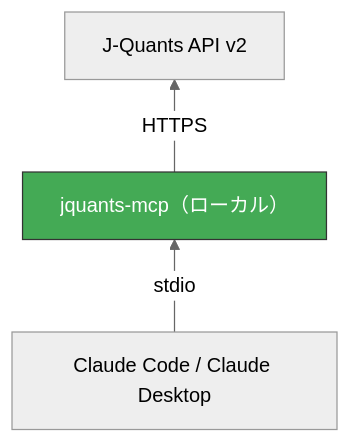
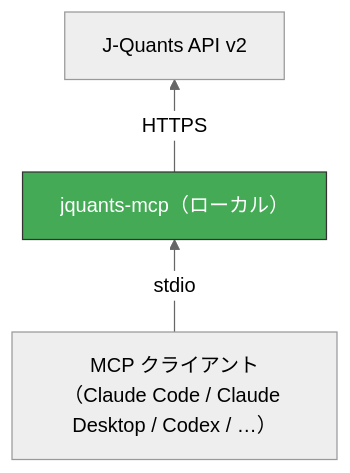
The second of 5 diagrams in docs/deploy/README.ja.md (shigechika/jquants-mcp), drawn with Mermaid (neutral theme) before and after one commit. The commit also changed other lines of this file and 15 other files, not shown here.

First line of the commit message:
docs: show jquants-mcp works with non-Claude MCP clients (Codex, Meta Muse) (#644)

````diff
--- a/docs/deploy/README.ja.md
+++ b/docs/deploy/README.ja.md
@@ -41,11 +41,11 @@
 ```mermaid
 graph BT
     C["J-Quants API v2"]
     B["jquants-mcp（ローカル）"]
-    A["Claude Code / Claude Desktop"]
+    A["MCP クライアント（Claude Code / Claude Desktop / Codex / …）"]
 
     A -->|stdio| B
     B -->|HTTPS| C
 
     style B fill:#4a5,stroke:#333,color:#fff
 ```
````
